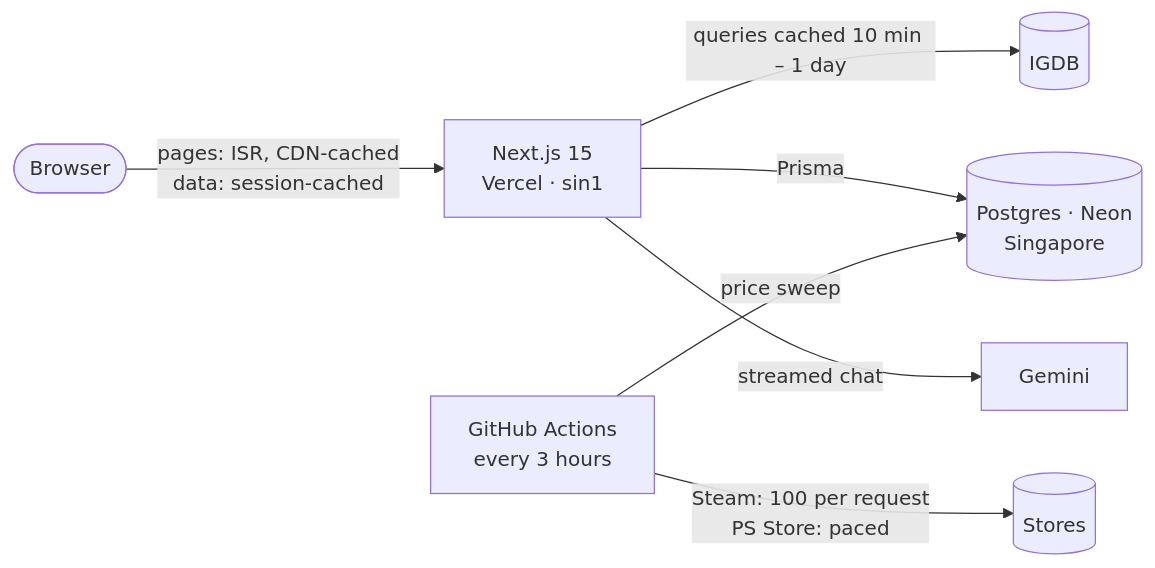
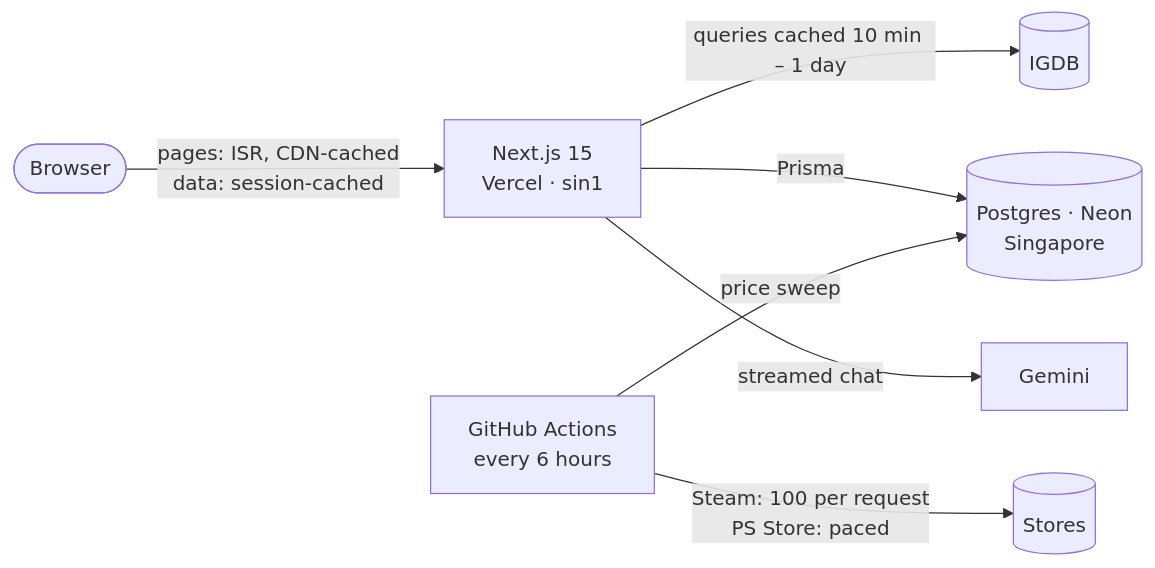
Before and after one commit to harshthakkr/game-hub: the diagram in README.md, drawn with Mermaid. The commit also changed other lines of this file and 12 other files, not shown here.

First line of the commit message:
chore: sweep prices every 6 hours instead of 3

````diff
--- a/README.md
+++ b/README.md
@@ -117,9 +117,9 @@
 ```mermaid
 flowchart LR
   U([Browser]) -->|"pages: ISR, CDN-cached<br/>data: session-cached"| V["Next.js 15<br/>Vercel · sin1"]
   V -->|"queries cached 10 min – 1 day"| I[(IGDB)]
   V -->|"Prisma"| D[("Postgres · Neon<br/>Singapore")]
   V -->|"streamed chat"| G[Gemini]
-  A["GitHub Actions<br/>every 3 hours"] -->|"price sweep"| D
+  A["GitHub Actions<br/>every 6 hours"] -->|"price sweep"| D
   A -->|"Steam: 100 per request<br/>PS Store: paced"| S[(Stores)]
 ```
````
